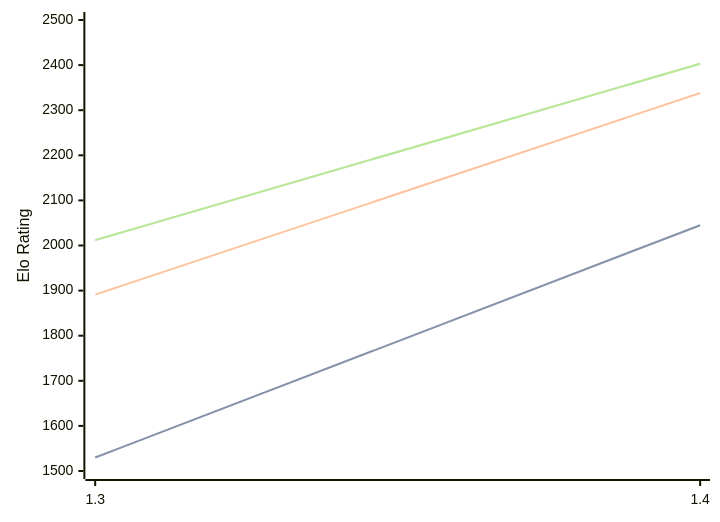
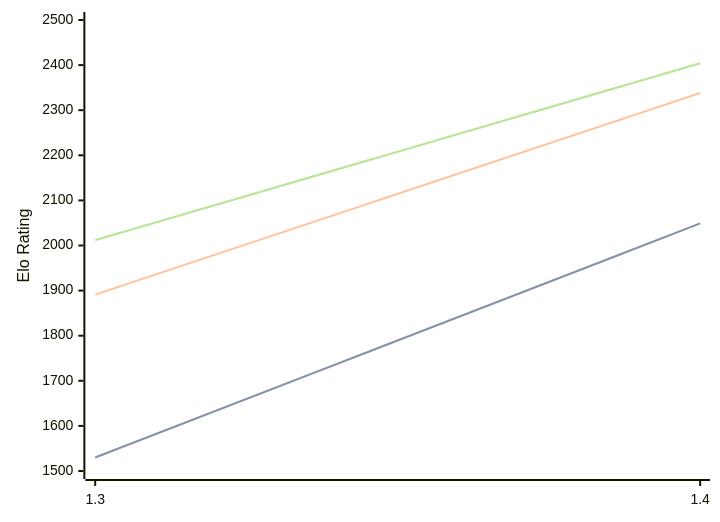
The diagram in engines/Facon.md (computer-chess-index/cci), drawn with Mermaid before and after one commit. The commit also changed other lines of this file, not shown here.

Commit message:
Update CCI Ratings (ELO VLTC) - 2026-05-14

````diff
--- a/engines/Facon.md
+++ b/engines/Facon.md
@@ -35,11 +35,11 @@
 ```mermaid
 %%{init: {"theme":"base","themeVariables":{"seriesColors:['#a3a3a3','#222221','#faa371']}}}%%
 xychart-beta
   x-axis ["1.3", "1.4"]
   y-axis "Elo Rating" 1500 --> 2500
-  line "STC (8.0+0.08s)" [1530, 2045]
-  line "STC (8.0+0.08s)" [1530, 2045]
+  line "STC (8.0+0.08s)" [1530, 2049]
+  line "STC (8.0+0.08s)" [1530, 2049]
   line "LTC (60.0+0.60s)" [1891, 2338]
-  line "VLTC (2m24s+1.12s)" [2012, 2403]
-  line "VLTC (2m24s+1.12s)" [2012, 2403]
+  line "VLTC (2m24s+1.12s)" [2012, 2404]
+  line "VLTC (2m24s+1.12s)" [2012, 2404]
 ```
````
